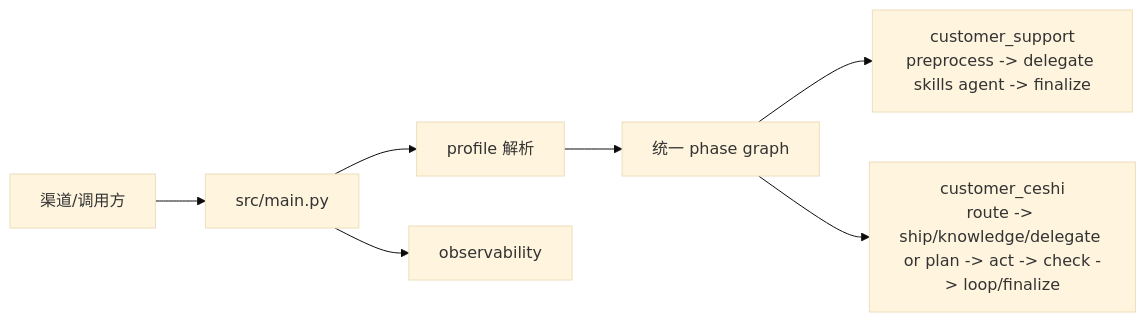
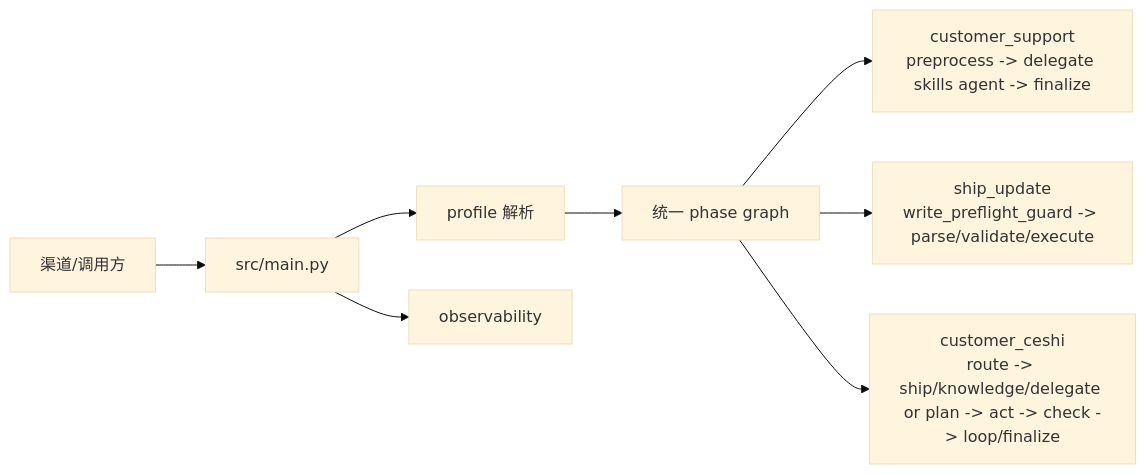
One commit to lr12338/hifleet-agent changed the diagram in docs/README.md. Above: the diagram before and after it, drawn with Mermaid (base theme). The commit also changed other lines of this file and 18 other files, not shown here.

````diff
--- a/docs/README.md
+++ b/docs/README.md
@@ -35,9 +35,10 @@
 ```mermaid
 flowchart LR
     Client[渠道/调用方] --> API[src/main.py]
     API --> Profile[profile 解析]
     Profile --> Graph[统一 phase graph]
     Graph --> CS[customer_support<br/>preprocess -> delegate skills agent -> finalize]
+    Graph --> ShipWrite[ship_update<br/>write_preflight_guard -> parse/validate/execute]
     Graph --> Ceshi[customer_ceshi<br/>route -> ship/knowledge/delegate or plan -> act -> check -> loop/finalize]
     API --> Obs[observability]
 ```
````
